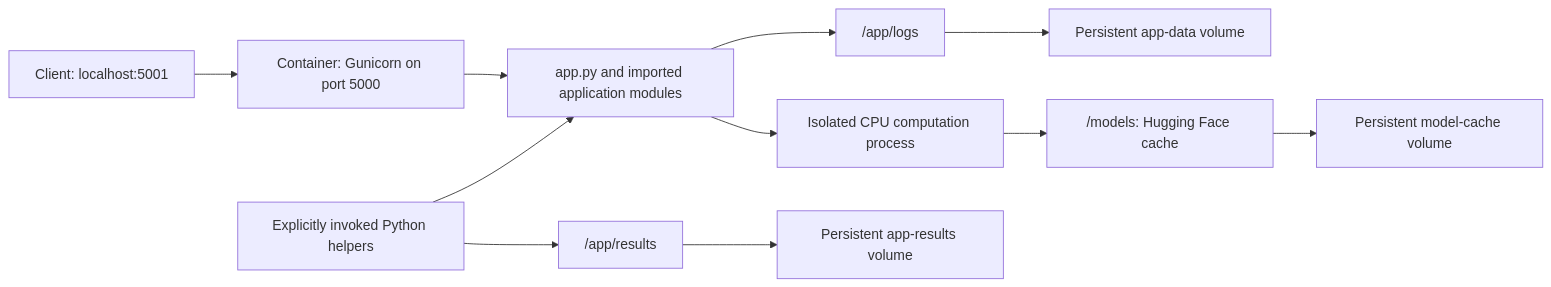
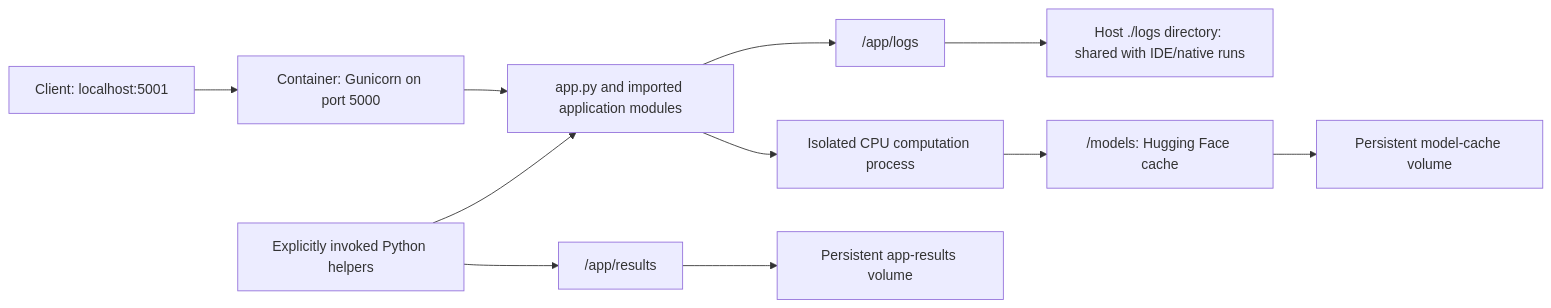
The seventh of 8 diagrams in PROGRAM_FLOW.md (dhalderBU/ai201-project4-provenance-guard-starter-v2026), drawn with Mermaid before and after one commit. The commit also changed other lines of this file and 9 other files, not shown here.

````diff
--- a/PROGRAM_FLOW.md
+++ b/PROGRAM_FLOW.md
@@ -525,13 +618,13 @@
 ```mermaid
 flowchart LR
     Client["Client: localhost:5001"] --> Server["Container: Gunicorn on port 5000"]
     Server --> API["app.py and imported application modules"]
     API --> Worker["Isolated CPU computation process"]
     API --> Logs["/app/logs"]
-    Logs --> Data["Persistent app-data volume"]
+    Logs --> Data["Host ./logs directory: shared with IDE/native runs"]
     Worker --> Cache["/models: Hugging Face cache"]
     Cache --> Models["Persistent model-cache volume"]
     Tools["Explicitly invoked Python helpers"] --> API
     Tools --> Results["/app/results"]
     Results --> Outputs["Persistent app-results volume"]
 ```
````
